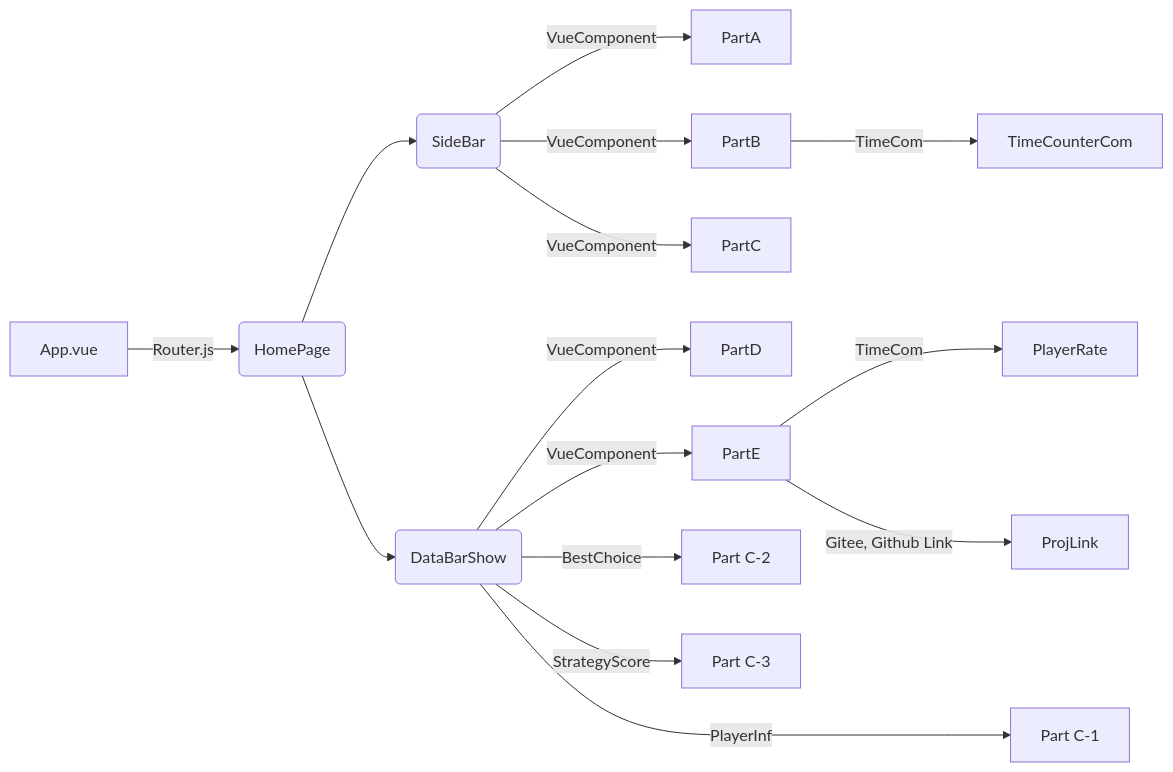
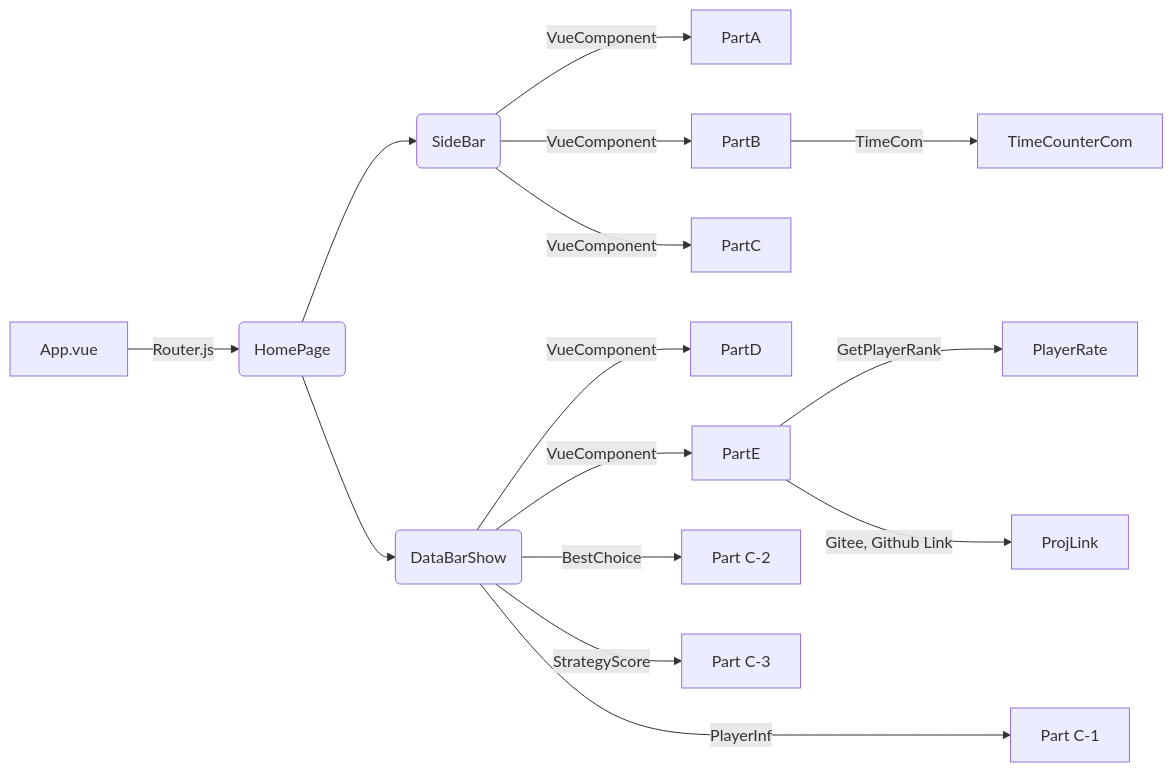
One commit to QianZeHao123/Nashsweeper changed the first of 2 diagrams in README.md. Above: the diagram before and after it, drawn with Mermaid. The commit also changed other lines of this file, not shown here.

````diff
--- a/README.md
+++ b/README.md
@@ -13,17 +13,17 @@
 ```mermaid
 graph LR
 App[App.vue]--Router.js-->HomePage(HomePage)
 HomePage-->SideBar(SideBar)
 HomePage-->DataBarShow(DataBarShow)
 SideBar--VueComponent-->PartA[PartA]
 SideBar--VueComponent-->PartB[PartB]
 SideBar--VueComponent-->PartC[PartC]
 DataBarShow--VueComponent-->PartD[PartD]
 DataBarShow--VueComponent-->PartE[PartE]
 DataBarShow--PlayerInfo-->PartC-1[Part C-1]
 DataBarShow--BestChoice-->PartC-2[Part C-2]
 DataBarShow--StrategyScore-->PartC-3[Part C-3]
 PartB--TimeCom-->TimeCounterCom
-PartE--TimeCom-->PlayerRate
+PartE--GetPlayerRank-->PlayerRate
 PartE--Gitee, Github Link-->ProjLink
 ```
````
